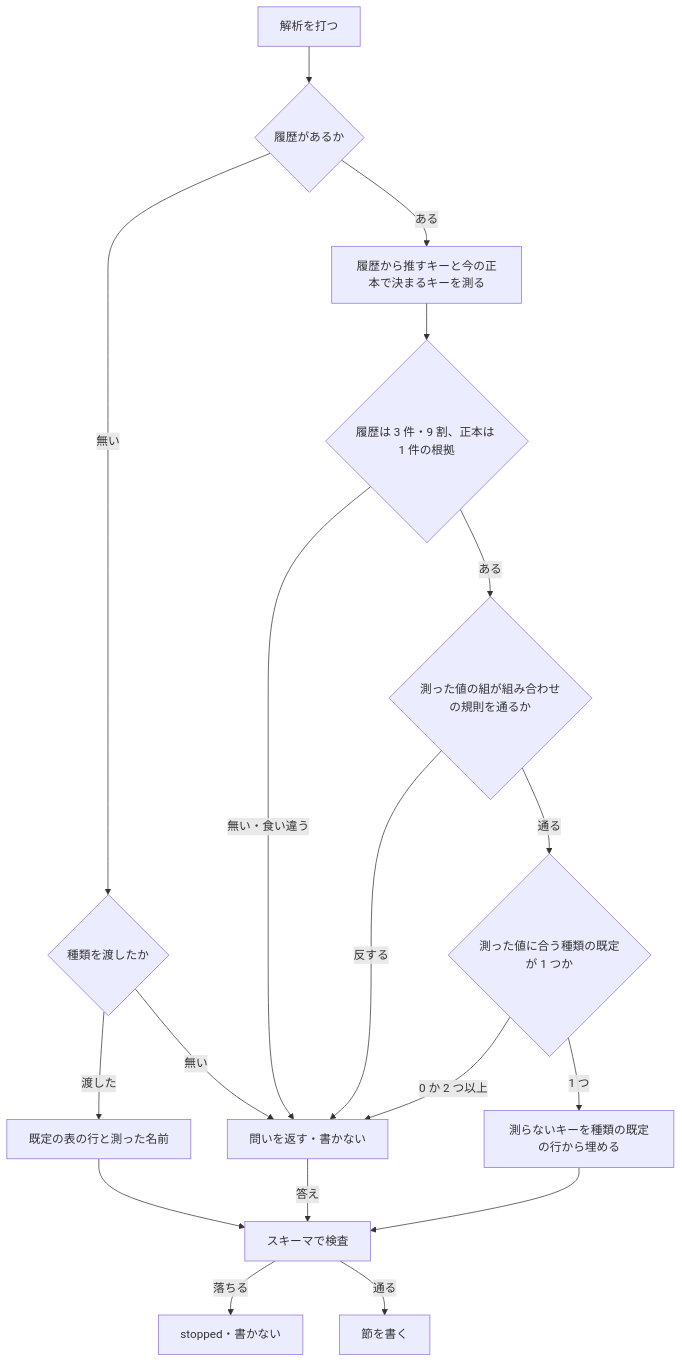
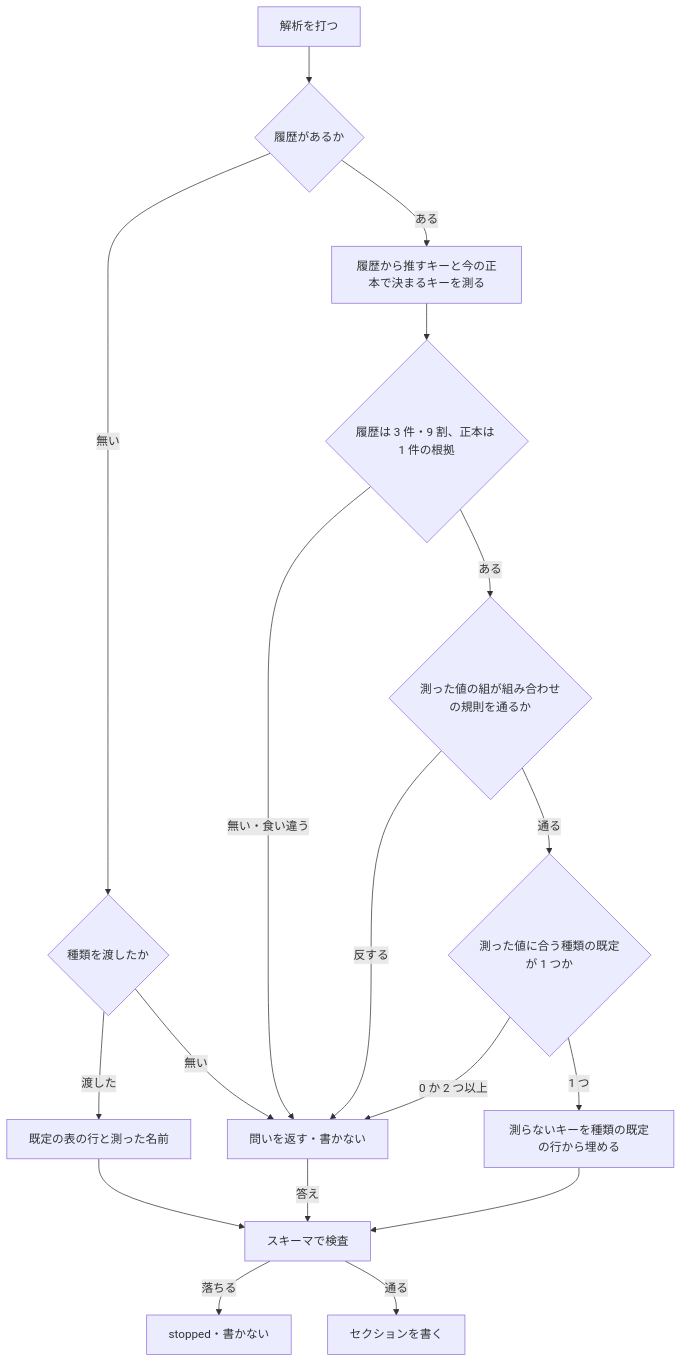
One commit to devbasex/ai-plugins changed the second of 3 diagrams in issues/issue-3672-design.md. Above: the diagram before and after it, drawn with Mermaid. The commit also changed other lines of this file and 5 other files, not shown here.

````diff
--- a/issues/issue-3672-design.md
+++ b/issues/issue-3672-design.md
@@ -281,20 +281,20 @@
 ```mermaid
 flowchart TD
     A[解析を打つ] --> B{履歴があるか}
     B -->|無い| C{種類を渡したか}
     C -->|渡した| D[既定の表の行と測った名前]
     C -->|無い| Q[問いを返す・書かない]
     B -->|ある| E[履歴から推すキーと今の正本で決まるキーを測る]
     E --> F{履歴は 3 件・9 割、正本は 1 件の根拠}
     F -->|無い・食い違う| Q
     F -->|ある| R{測った値の組が組み合わせの規則を通るか}
     R -->|反する| Q
     R -->|通る| K{測った値に合う種類の既定が 1 つか}
     K -->|0 か 2 つ以上| Q
     K -->|1 つ| P[測らないキーを種類の既定の行から埋める]
     P --> G[スキーマで検査]
     D --> G
     Q -->|答え| G
     G -->|落ちる| S[stopped・書かない]
-    G -->|通る| W[節を書く]
+    G -->|通る| W[セクションを書く]
 ```
````
